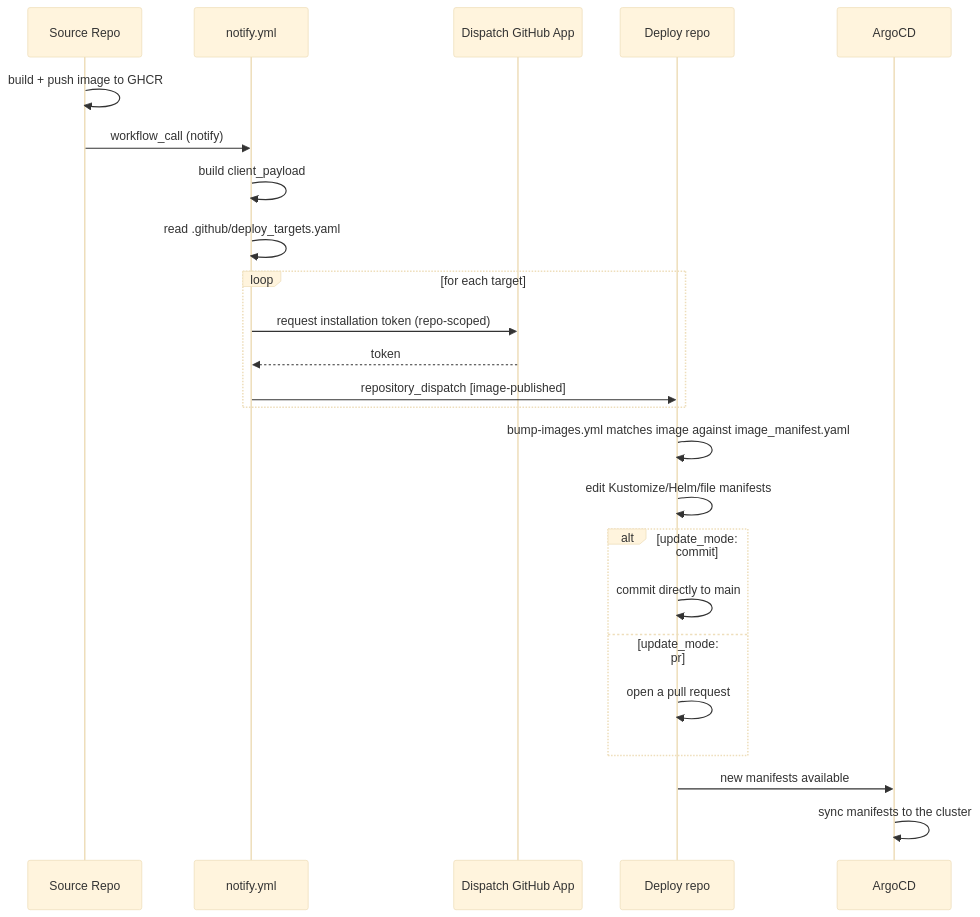
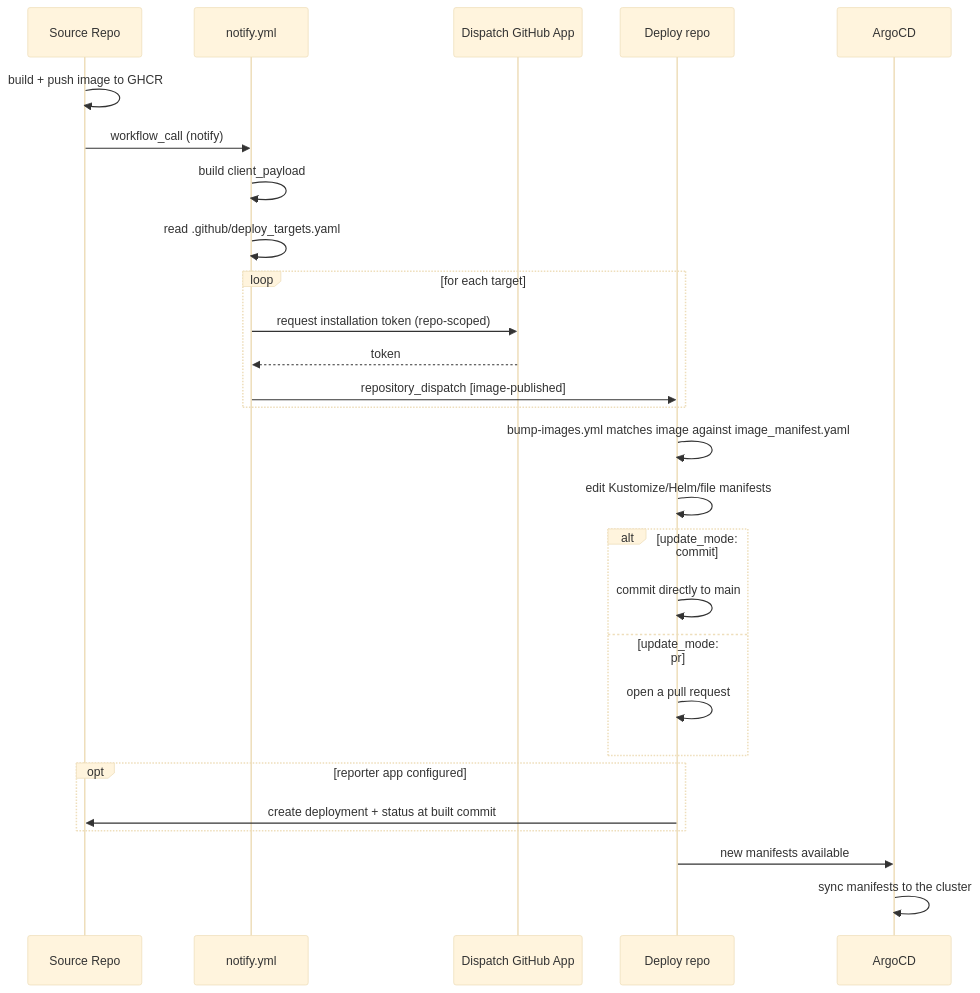
The diagram in docs/workflows.md (gulfofmaine/odp-releaser), drawn with Mermaid (base theme) before and after one commit. The commit also changed other lines of this file and 9 other files, not shown here.

````diff
--- a/docs/workflows.md
+++ b/docs/workflows.md
@@ -16,27 +16,30 @@
 ```mermaid
 sequenceDiagram
     participant Source as Source Repo
     participant Notify as notify.yml
     participant App as Dispatch GitHub App
     participant Deploy as Deploy repo
     participant Argo as ArgoCD
 
     Source->>Source: build + push image to GHCR
     Source->>Notify: workflow_call (notify)
     Notify->>Notify: build client_payload
     Notify->>Notify: read .github/deploy_targets.yaml
     loop for each target
         Notify->>App: request installation token (repo-scoped)
         App-->>Notify: token
         Notify->>Deploy: repository_dispatch [image-published]
     end
     Deploy->>Deploy: bump-images.yml matches image against image_manifest.yaml
     Deploy->>Deploy: edit Kustomize/Helm/file manifests
     alt update_mode: commit
         Deploy->>Deploy: commit directly to main
     else update_mode: pr
         Deploy->>Deploy: open a pull request
     end
+    opt reporter app configured
+        Deploy->>Source: create deployment + status at built commit
+    end
     Deploy->>Argo: new manifests available
     Argo->>Argo: sync manifests to the cluster
 ```
````
